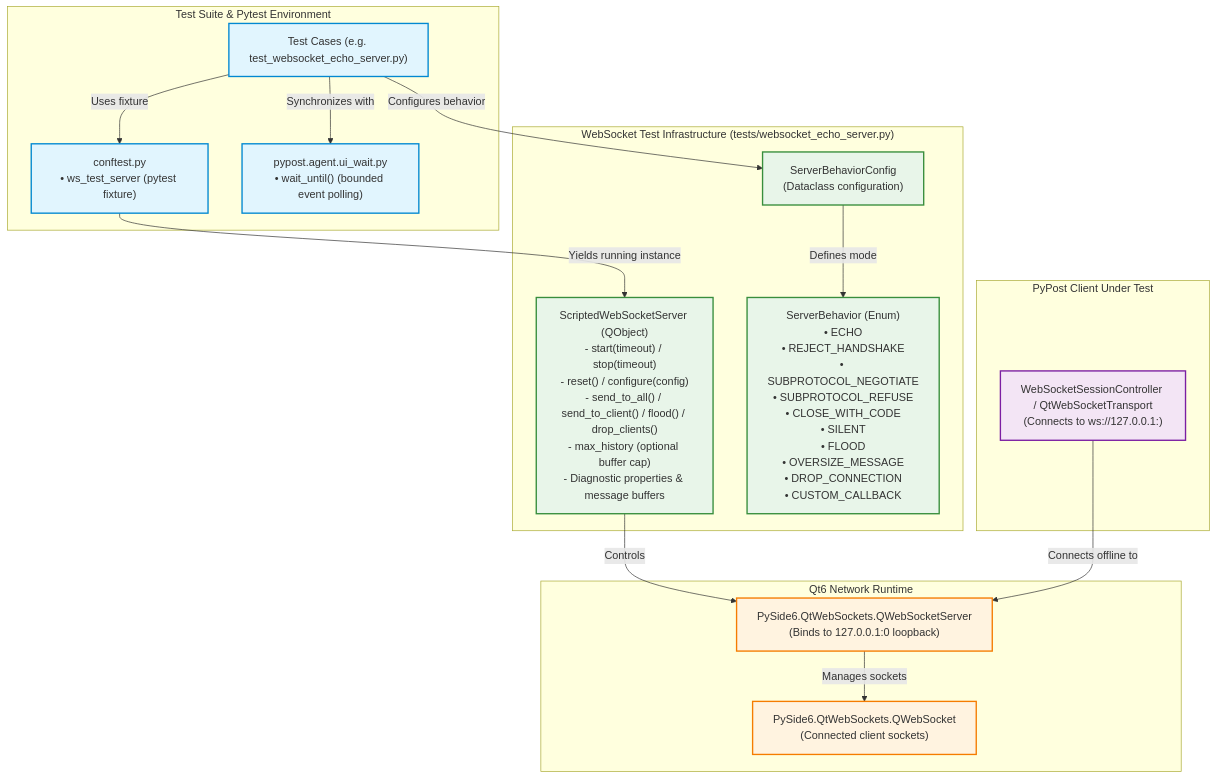
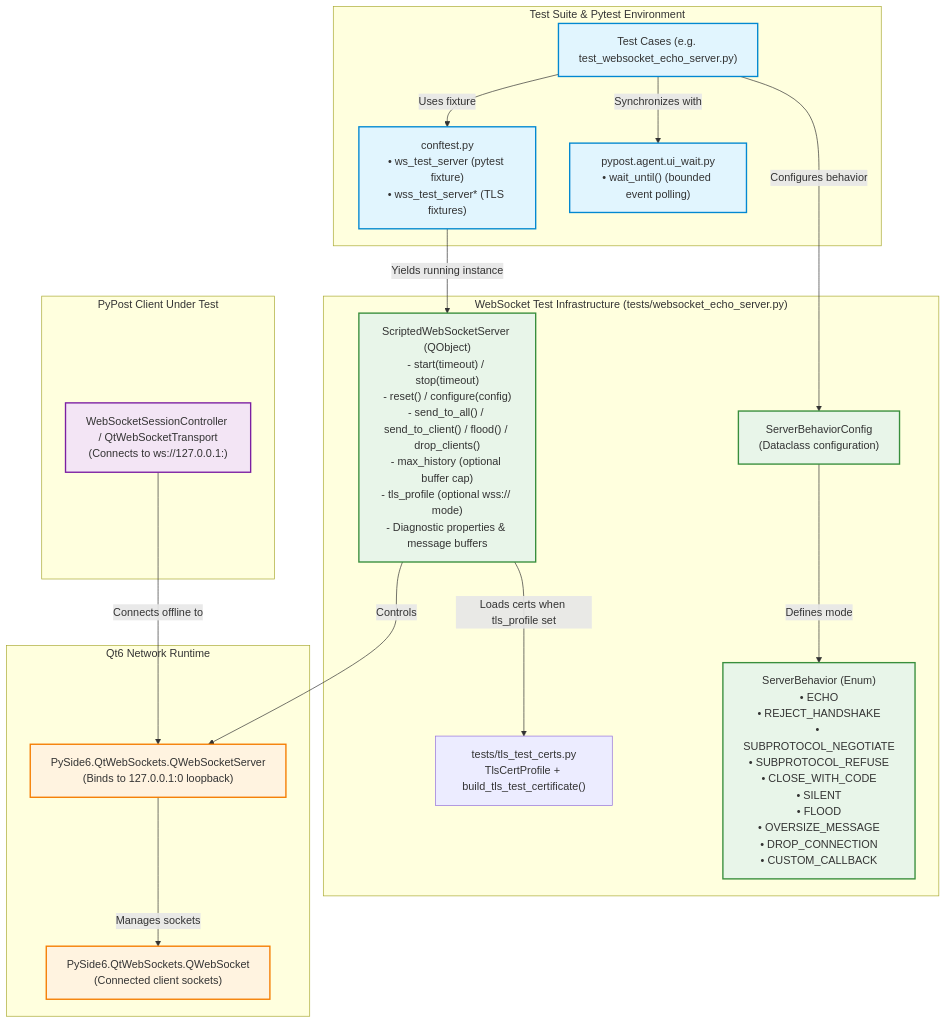
One commit to koctep/pypost changed the diagram in doc/dev/websocket_test_harness.md. Above: the diagram before and after it, drawn with Mermaid. The commit also changed other lines of this file and 10 other files, not shown here.

First line of the commit message:
test(websocket): PYPOST-1142 add live TLS echo server with multi-cert profiles

````diff
--- a/doc/dev/websocket_test_harness.md
+++ b/doc/dev/websocket_test_harness.md
@@ -24,42 +25,44 @@
 ```mermaid
 graph TD
     subgraph "Test Suite & Pytest Environment"
         TC["Test Cases (e.g. test_websocket_echo_server.py)"]
-        CONF["conftest.py<br/>• ws_test_server (pytest fixture)"]
+        CONF["conftest.py<br/>• ws_test_server (pytest fixture)<br/>• wss_test_server* (TLS fixtures)"]
         WAIT["pypost.agent.ui_wait.py<br/>• wait_until() (bounded event polling)"]
     end
 
     subgraph "WebSocket Test Infrastructure (tests/websocket_echo_server.py)"
-        SWS["ScriptedWebSocketServer (QObject)<br/>- start(timeout) / stop(timeout)<br/>- reset() / configure(config)<br/>- send_to_all() / send_to_client() / flood() / drop_clients()<br/>- max_history (optional buffer cap)<br/>- Diagnostic properties & message buffers"]
+        SWS["ScriptedWebSocketServer (QObject)<br/>- start(timeout) / stop(timeout)<br/>- reset() / configure(config)<br/>- send_to_all() / send_to_client() / flood() / drop_clients()<br/>- max_history (optional buffer cap)<br/>- tls_profile (optional wss:// mode)<br/>- Diagnostic properties & message buffers"]
+        TTC["tests/tls_test_certs.py<br/>TlsCertProfile + build_tls_test_certificate()"]
         SBC["ServerBehaviorConfig<br/>(Dataclass configuration)"]
         SB["ServerBehavior (Enum)<br/>• ECHO<br/>• REJECT_HANDSHAKE<br/>• SUBPROTOCOL_NEGOTIATE<br/>• SUBPROTOCOL_REFUSE<br/>• CLOSE_WITH_CODE<br/>• SILENT<br/>• FLOOD<br/>• OVERSIZE_MESSAGE<br/>• DROP_CONNECTION<br/>• CUSTOM_CALLBACK"]
     end
 
     subgraph "Qt6 Network Runtime"
         QWSS["PySide6.QtWebSockets.QWebSocketServer<br/>(Binds to 127.0.0.1:0 loopback)"]
         QWS["PySide6.QtWebSockets.QWebSocket<br/>(Connected client sockets)"]
     end
 
     subgraph "PyPost Client Under Test"
         WSC["WebSocketSessionController / QtWebSocketTransport<br/>(Connects to ws://127.0.0.1:<port>)"]
     end
 
+    SWS -->|"Loads certs when tls_profile set"| TTC
     CONF -->|"Yields running instance"| SWS
     TC -->|"Uses fixture"| CONF
     TC -->|"Configures behavior"| SBC
     SBC -->|"Defines mode"| SB
     SWS -->|"Controls"| QWSS
     QWSS -->|"Manages sockets"| QWS
     WSC -->|"Connects offline to"| QWSS
     TC -->|"Synchronizes with"| WAIT
 
     classDef test fill:#e1f5fe,stroke:#0288d1,stroke-width:2px;
     classDef harness fill:#e8f5e9,stroke:#388e3c,stroke-width:2px;
     classDef qt fill:#fff3e0,stroke:#f57c00,stroke-width:2px;
     classDef client fill:#f3e5f5,stroke:#7b1fa2,stroke-width:2px;
 
     class TC,CONF,WAIT test;
     class SWS,SBC,SB harness;
     class QWSS,QWS qt;
     class WSC client;
 ```
````
